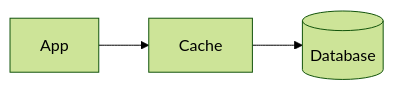
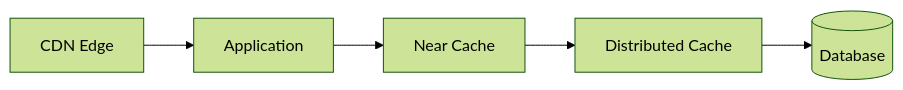
Before and after one commit to hareramcse/SystemDesign: the first of 14 diagrams in 03-caching/README.md, drawn with Mermaid (forest theme). The commit also changed other lines of this file and 15 other files, not shown here.

````diff
--- a/03-caching/README.md
+++ b/03-caching/README.md
@@ -27,5 +31,7 @@
 ```mermaid
 flowchart LR
-    App --> Cache
-    Cache --> DB[(Database)]
+    App[Application] --> L1[Near Cache]
+    L1 --> L2[Distributed Cache]
+    L2 --> DB[(Database)]
+    CDN[CDN Edge] --> App
 ```
````
